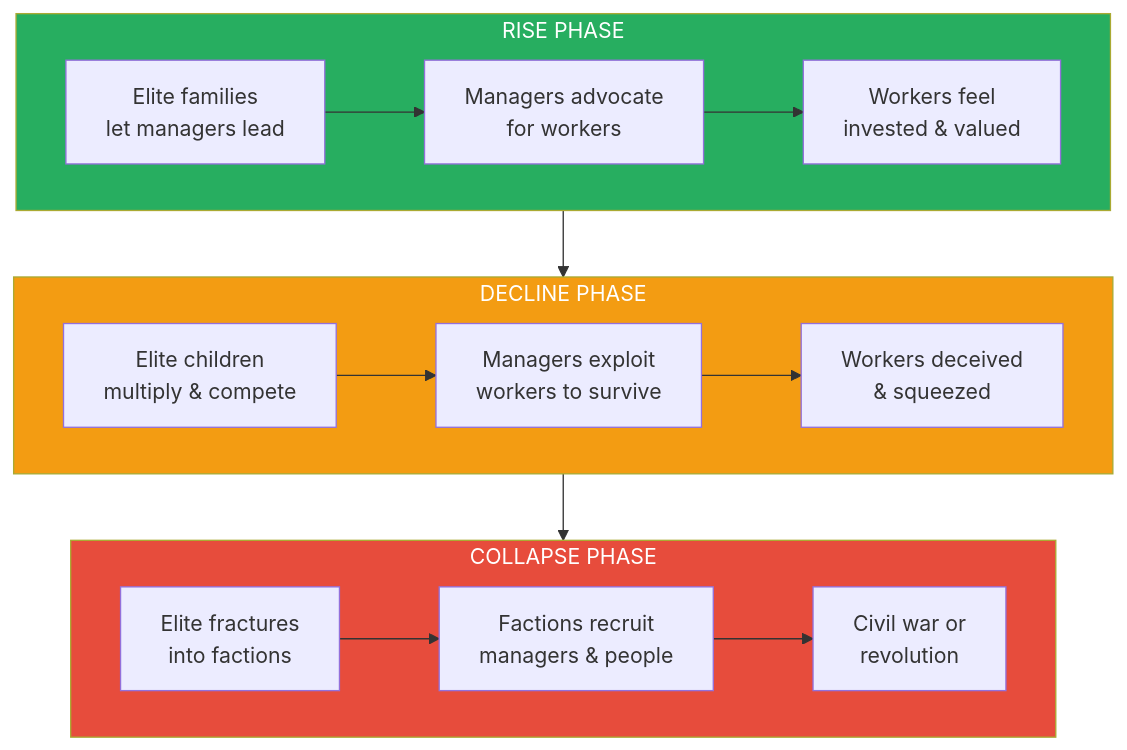
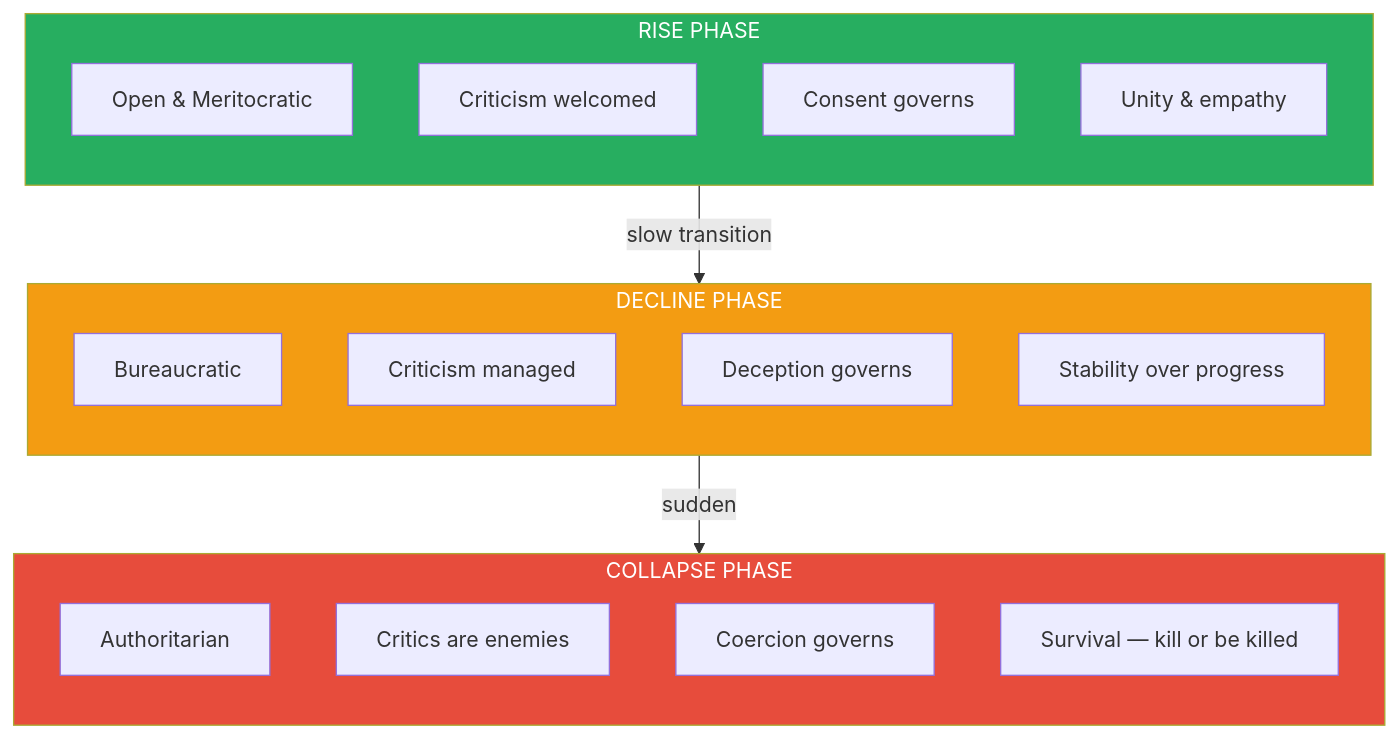
Before and after one commit to alius33/reader: the seventh of 11 diagrams in summaries/Lectures/Secret History/02 - How Societies Collapse.md, drawn with Mermaid. The commit also changed other lines of this file and 26 other files, not shown here.

````diff
--- a/summaries/Lectures/Secret History/02 - How Societies Collapse.md
+++ b/summaries/Lectures/Secret History/02 - How Societies Collapse.md
@@ -327,25 +396,29 @@
 ```mermaid
 flowchart TB
     subgraph Rise["RISE PHASE"]
-        R1["Elite families<br/>let managers lead"]
-        R2["Managers advocate<br/>for workers"]
-        R3["Workers feel<br/>invested & valued"]
-        R1 --> R2 --> R3
+        direction TB
+        R1["Open & Meritocratic"]
+        R2["Criticism welcomed"]
+        R3["Consent governs"]
+        R4["Unity & empathy"]
     end
     subgraph Decline["DECLINE PHASE"]
-        D1["Elite children<br/>multiply & compete"]
-        D2["Managers exploit<br/>workers to survive"]
-        D3["Workers deceived<br/>& squeezed"]
-        D1 --> D2 --> D3
+        direction TB
+        D1["Bureaucratic"]
+        D2["Criticism managed"]
+        D3["Deception governs"]
+        D4["Stability over progress"]
     end
     subgraph Collapse["COLLAPSE PHASE"]
-        C1["Elite fractures<br/>into factions"]
-        C2["Factions recruit<br/>managers & people"]
-        C3["Civil war or<br/>revolution"]
-        C1 --> C2 --> C3
+        direction TB
+        C1["Authoritarian"]
+        C2["Critics are enemies"]
+        C3["Coercion governs"]
+        C4["Survival — kill or be killed"]
     end
-    Rise --> Decline --> Collapse
+    Rise -->|"slow transition"| Decline
+    Decline -->|"sudden"| Collapse
     style Rise fill:#27ae60,color:#fff
     style Decline fill:#f39c12,color:#fff
     style Collapse fill:#e74c3c,color:#fff
 ```
````
